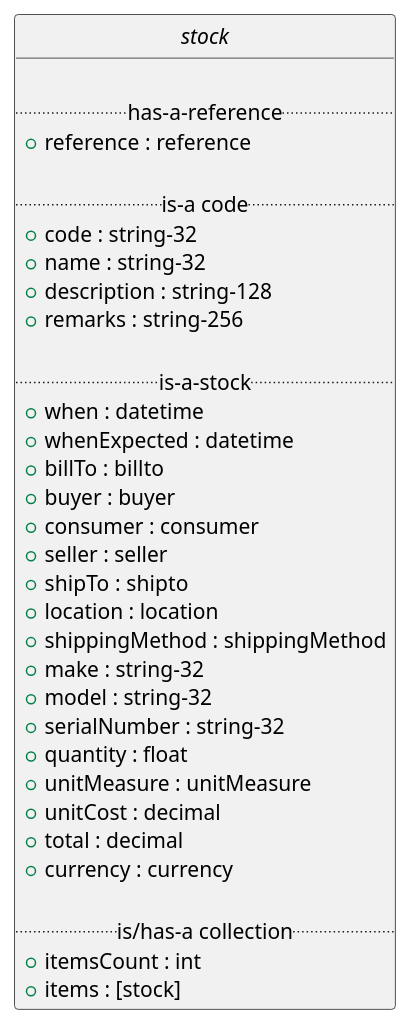
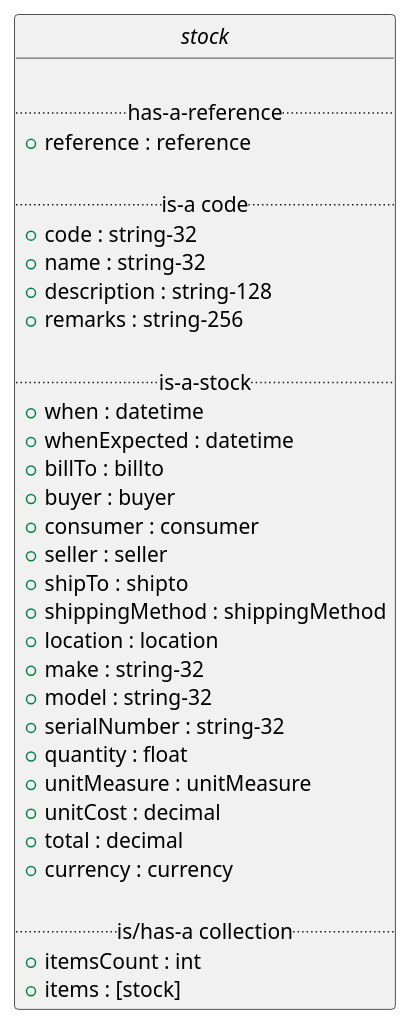
The second of 2 diagrams in stock/stock.org (EciStg/order-placement), drawn with PlantUML before and after one commit. The commit also changed other lines of this file and 2 other files, not shown here.

Commit message:
fixed ordering in defition of terms to match the schema.

```diff
--- a/stock/stock.org
+++ b/stock/stock.org
@@ -52,40 +52,40 @@
 #+BEGIN_SRC plantuml :file ../images/stock-class-diagram.puml.png :exports results
   @startuml
   hide circle
 
   interface stock {
 
   .. has-a-reference ..
   {field} + reference : reference
 
   .. is-a code ..
   {field} + code : string-32
   {field} + name : string-32
   {field} + description : string-128
   {field} + remarks : string-256
 
   .. is-a-stock ..
   {field} + when : datetime
   {field} + whenExpected : datetime
   {field} + billTo : billto
   {field} + buyer : buyer
   {field} + consumer : consumer
   {field} + seller : seller
   {field} + shipTo : shipto
+  {field} + shippingMethod : shippingMethod
   {field} + location : location
-  {field} + shippingMethod : shippingMethod
   {field} + make : string-32
   {field} + model : string-32
   {field} + serialNumber : string-32
   {field} + quantity : float
   {field} + unitMeasure : unitMeasure
   {field} + unitCost : decimal
   {field} + total : decimal
   {field} + currency : currency
 
   .. is/has-a collection ..
   {field} + itemsCount : int
   {field} + items : [stock]
   }
   @enduml
 #+END_SRC
```
